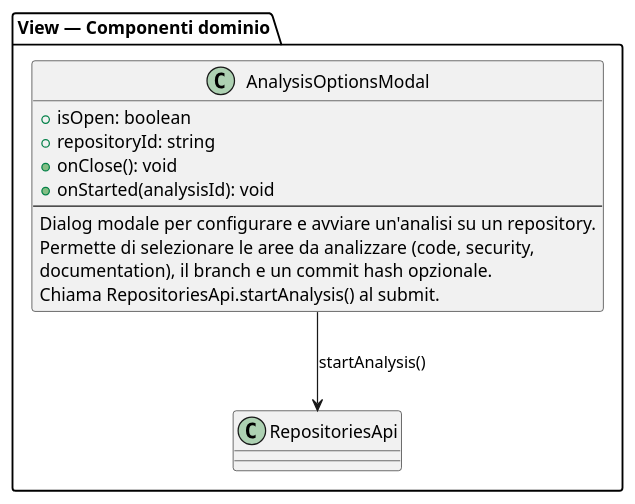
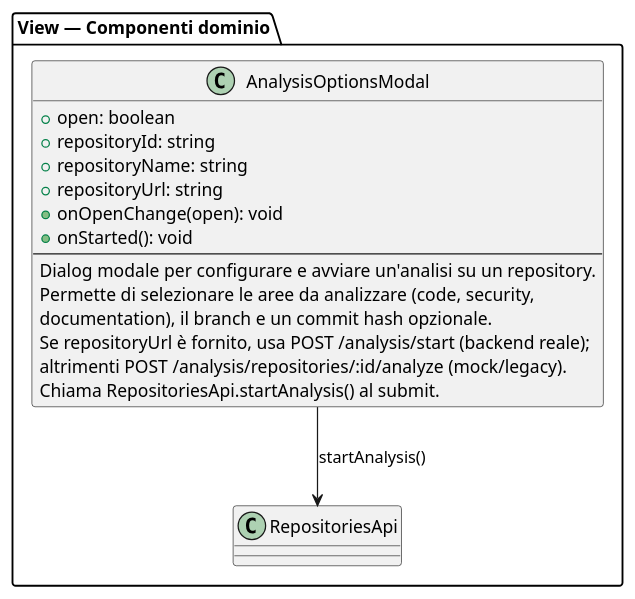
Before and after one commit to SkarabGroup/DocumentazioneProgetto: the diagram in assets/st_diagrams/code/frontend/components/analysis_options_modal.plantuml, drawn with PlantUML. The commit also changed 42 other files, not shown here.

Commit message:
Diagrammi e sezione frontend ST

```diff
--- a/assets/st_diagrams/code/frontend/components/analysis_options_modal.plantuml
+++ b/assets/st_diagrams/code/frontend/components/analysis_options_modal.plantuml
@@ -1,17 +1,21 @@
 @startuml
 package "View — Componenti dominio" {
   class AnalysisOptionsModal {
-    + isOpen: boolean
+    + open: boolean
     + repositoryId: string
-    + onClose(): void
-    + onStarted(analysisId): void
+    + repositoryName: string
+    + repositoryUrl: string
+    + onOpenChange(open): void
+    + onStarted(): void
     --
     Dialog modale per configurare e avviare un'analisi su un repository.
     Permette di selezionare le aree da analizzare (code, security,
     documentation), il branch e un commit hash opzionale.
+    Se repositoryUrl è fornito, usa POST /analysis/start (backend reale);
+    altrimenti POST /analysis/repositories/:id/analyze (mock/legacy).
     Chiama RepositoriesApi.startAnalysis() al submit.
   }
 
   AnalysisOptionsModal --> "RepositoriesApi" : startAnalysis()
 }
 @enduml
```
